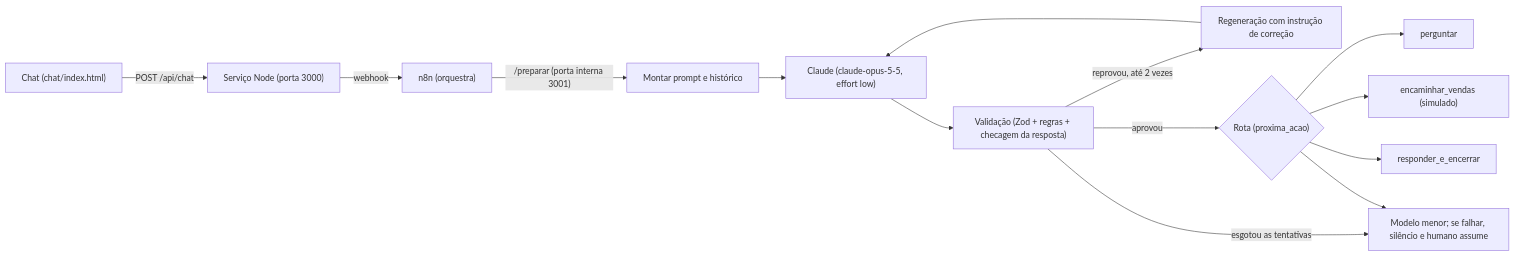
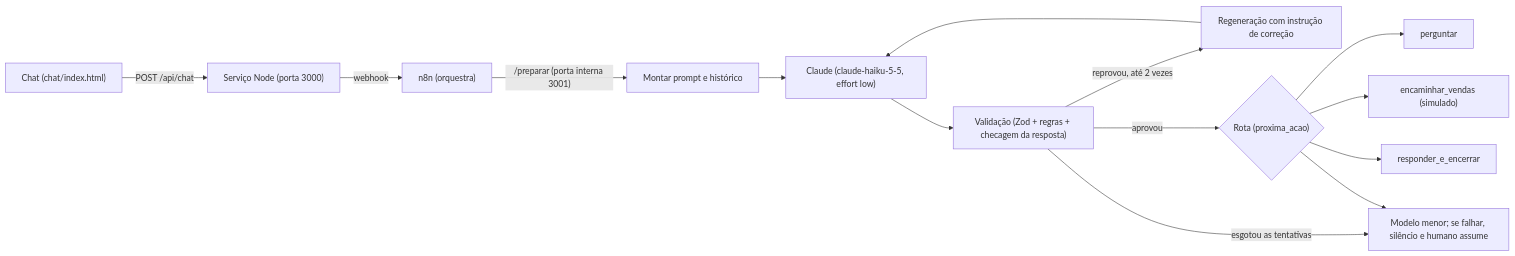
Before and after one commit to gomesbeduardo/leadgate: the diagram in README.md, drawn with Mermaid. The commit also changed other lines of this file and 8 other files, not shown here.

````diff
--- a/README.md
+++ b/README.md
@@ -45,16 +45,16 @@
 ```mermaid
 flowchart LR
     chat["Chat (chat/index.html)"] -->|POST /api/chat| servico["Serviço Node (porta 3000)"]
     servico -->|webhook| n8n["n8n (orquestra)"]
     n8n -->|"/preparar (porta interna 3001)"| prep["Montar prompt e histórico"]
-    prep --> claude["Claude (claude-opus-5-5, effort low)"]
+    prep --> claude["Claude (claude-haiku-5-5, effort low)"]
     claude --> valid["Validação (Zod + regras + checagem da resposta)"]
     valid -->|"reprovou, até 2 vezes"| regen["Regeneração com instrução de correção"]
     regen --> claude
     valid -->|aprovou| rota{"Rota (proxima_acao)"}
     valid -->|"esgotou as tentativas"| humano["Modelo menor; se falhar, silêncio e humano assume"]
     rota --> perguntar["perguntar"]
     rota --> vendas["encaminhar_vendas (simulado)"]
     rota --> encerrar["responder_e_encerrar"]
     rota --> humano
 ```
````
